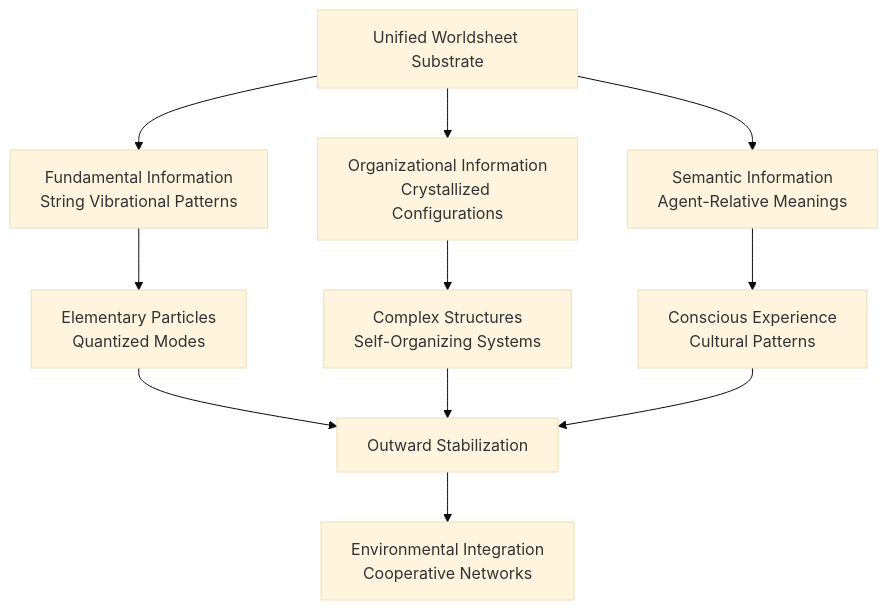
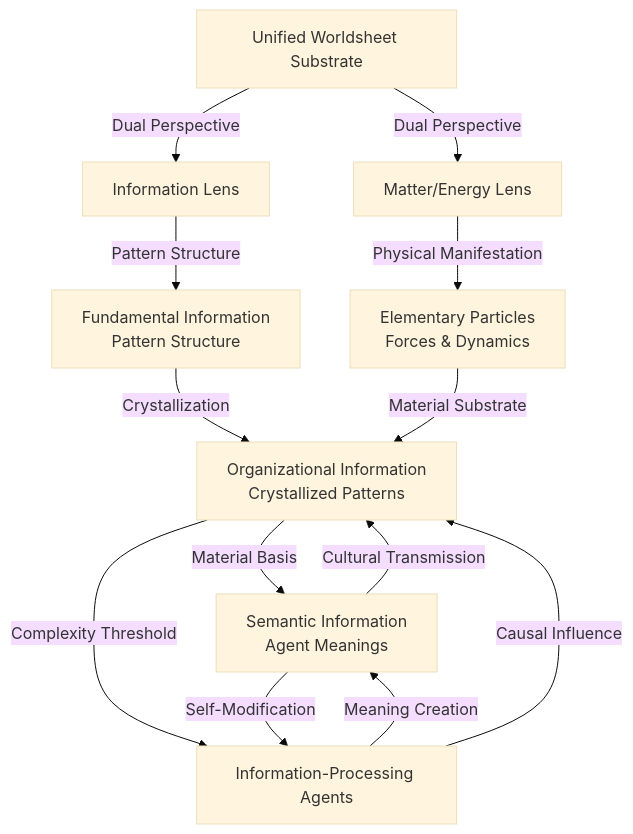
One commit to Staphylococcus/brain-from-brane changed the diagram in docs/02-oneness-interconnectedness/2-oneness-interconnectedness.md. Above: the diagram before and after it, drawn with Mermaid (base theme). The commit also changed other lines of this file and 1 other file, not shown here.

First line of the commit message:
Complete Pattern Realism integration: harmonize Sections 2 & 4 with Section 1.b rebuild

````diff
--- a/docs/02-oneness-interconnectedness/2-oneness-interconnectedness.md
+++ b/docs/02-oneness-interconnectedness/2-oneness-interconnectedness.md
@@ -44,15 +46,17 @@
 ```mermaid
 graph TD
-    A["Unified Worldsheet Substrate"] --> B["Fundamental Information<br/>String Vibrational Patterns"]
-    A --> C["Organizational Information<br/>Crystallized Configurations"]  
-    A --> D["Semantic Information<br/>Agent-Relative Meanings"]
+    A["Unified Worldsheet Substrate"] -->|"Dual Perspective"| B["Matter/Energy Lens"]
+    A -->|"Dual Perspective"| C["Information Lens"]
     
-    B --> E["Elementary Particles<br/>Quantized Modes"]
-    C --> F["Complex Structures<br/>Self-Organizing Systems"]
-    D --> G["Conscious Experience<br/>Cultural Patterns"]
+    B -->|"Physical Manifestation"| D["Elementary Particles<br/>Forces & Dynamics"]
+    C -->|"Pattern Structure"| E["Fundamental Information<br/>Pattern Structure"]
+      E -->|"Crystallization"| F["Organizational Information<br/>Crystallized Patterns"]
+    F -->|"Material Basis"| G["Semantic Information<br/>Agent Meanings"]
     
-    E --> H["Outward Stabilization"]
-    F --> H
-    G --> H
-    H --> I["Environmental Integration<br/>Cooperative Networks"]
+    H["Information-Processing Agents"] -->|"Meaning Creation"| G
+    F -->|"Complexity Threshold"| H
+    G -->|"Self-Modification"| H
+    H -->|"Causal Influence"| F
+    D -->|"Material Substrate"| F
+    G -->|"Cultural Transmission"| F
 ```
````
